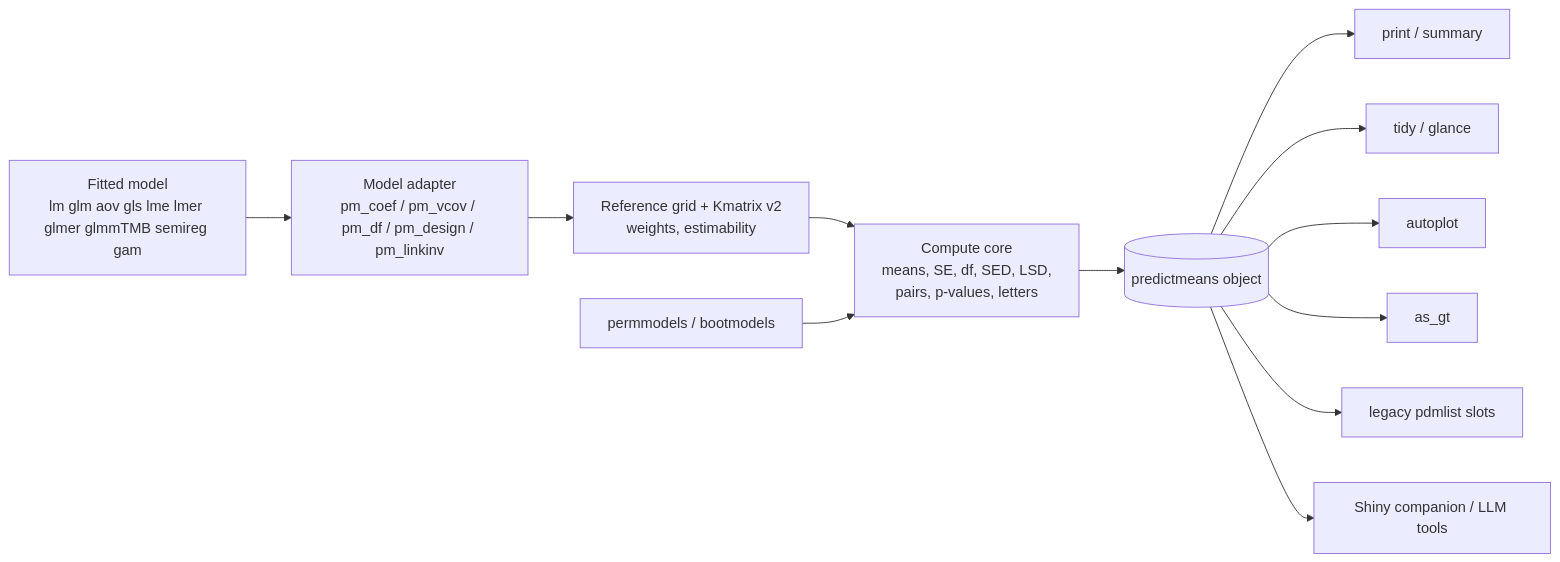
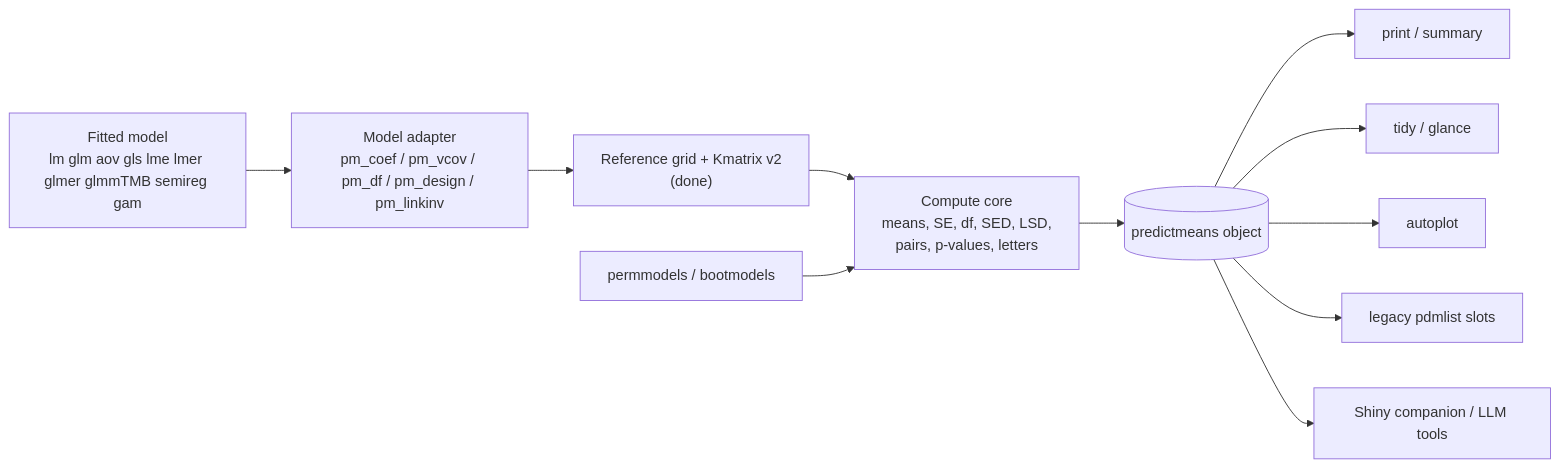
The diagram in dev/predictmeans-2.0-plan.md (dongwenluo/predictmeans), drawn with Mermaid before and after one commit. The commit also changed other lines of this file, not shown here.

````diff
--- a/dev/predictmeans-2.0-plan.md
+++ b/dev/predictmeans-2.0-plan.md
@@ -139,14 +292,13 @@
 ```mermaid
 flowchart LR
   M["Fitted model<br/>lm glm aov gls lme lmer glmer glmmTMB semireg gam"] --> A["Model adapter<br/>pm_coef / pm_vcov / pm_df / pm_design / pm_linkinv"]
-  A --> K["Reference grid + Kmatrix v2<br/>weights, estimability"]
+  A --> K["Reference grid + Kmatrix v2<br/>(done)"]
   K --> E["Compute core<br/>means, SE, df, SED, LSD,<br/>pairs, p-values, letters"]
   P["permmodels / bootmodels"] --> E
   E --> O[("predictmeans object")]
   O --> V1["print / summary"]
   O --> V2["tidy / glance"]
   O --> V3["autoplot"]
-  O --> V4["as_gt"]
   O --> V5["legacy pdmlist slots"]
   O --> V6["Shiny companion / LLM tools"]
 ```
````
